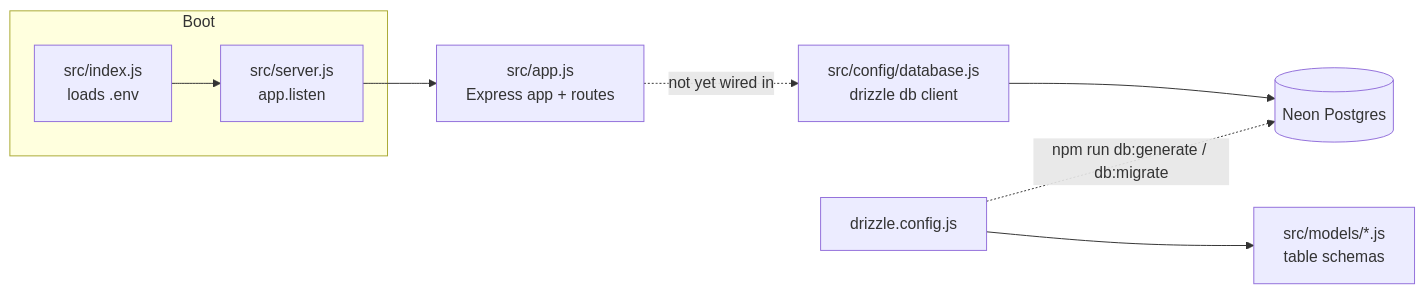
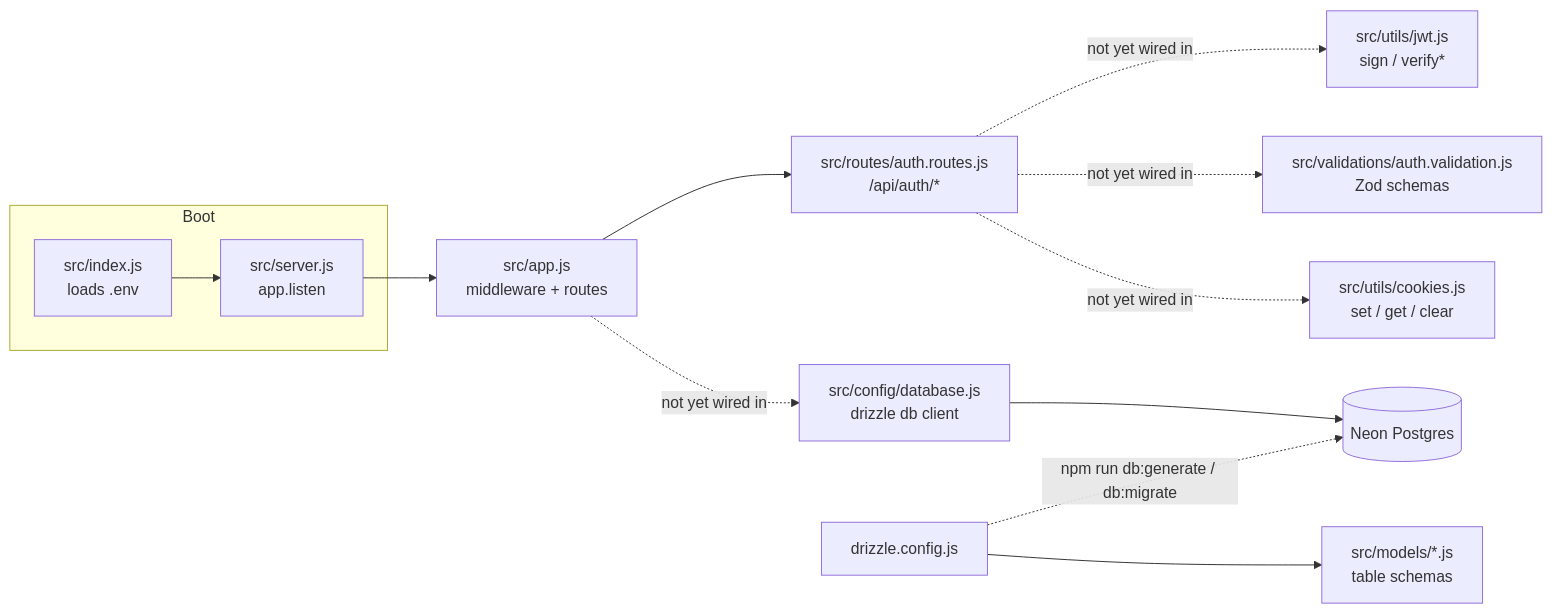
Before and after one commit to Tony-TTran/deploy_prod_api: the diagram in README.md, drawn with Mermaid. The commit also changed other lines of this file and 9 other files, not shown here.

````diff
--- a/README.md
+++ b/README.md
@@ -46,11 +64,15 @@
 ```mermaid
 flowchart LR
     subgraph Boot
         A[src/index.js<br/>loads .env] --> B[src/server.js<br/>app.listen]
     end
-    B --> C[src/app.js<br/>Express app + routes]
+    B --> C[src/app.js<br/>middleware + routes]
+    C --> R[src/routes/auth.routes.js<br/>/api/auth/*]
+    R -. "not yet wired in" .-> J[src/utils/jwt.js<br/>sign / verify*]
+    R -. "not yet wired in" .-> V[src/validations/auth.validation.js<br/>Zod schemas]
+    R -. "not yet wired in" .-> K[src/utils/cookies.js<br/>set / get / clear]
     C -. "not yet wired in" .-> D[src/config/database.js<br/>drizzle db client]
     D --> E[(Neon Postgres)]
     F[drizzle.config.js] -. "npm run db:generate / db:migrate" .-> E
     F --> G[src/models/*.js<br/>table schemas]
 ```
````
